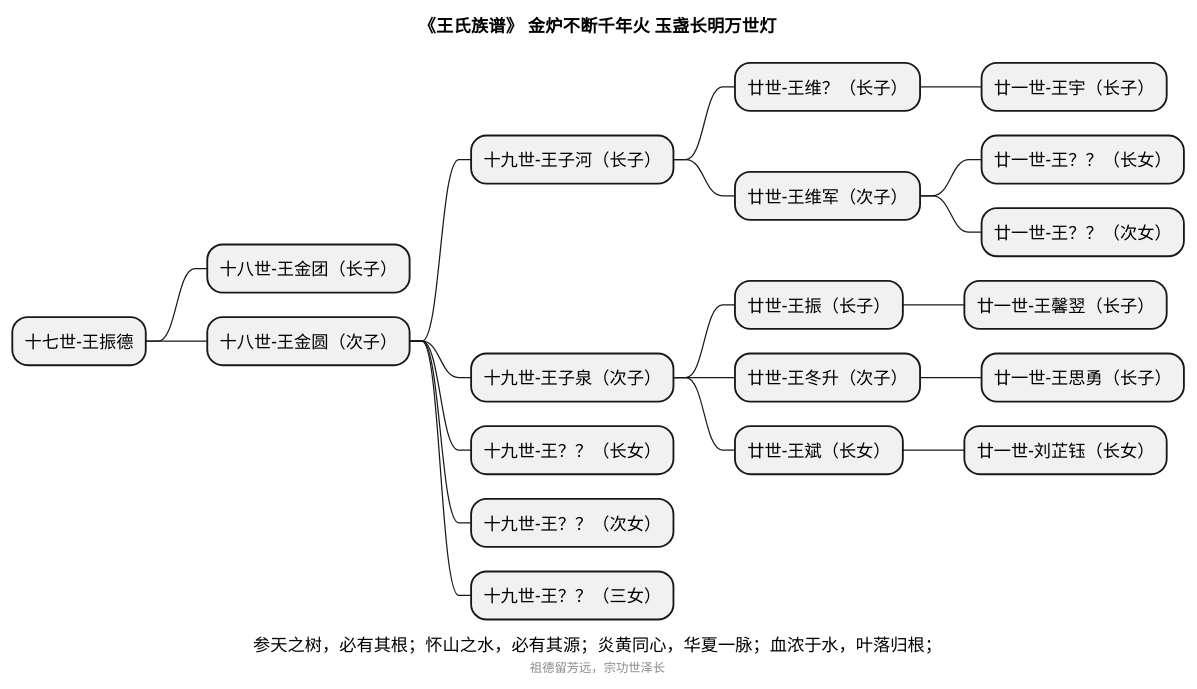
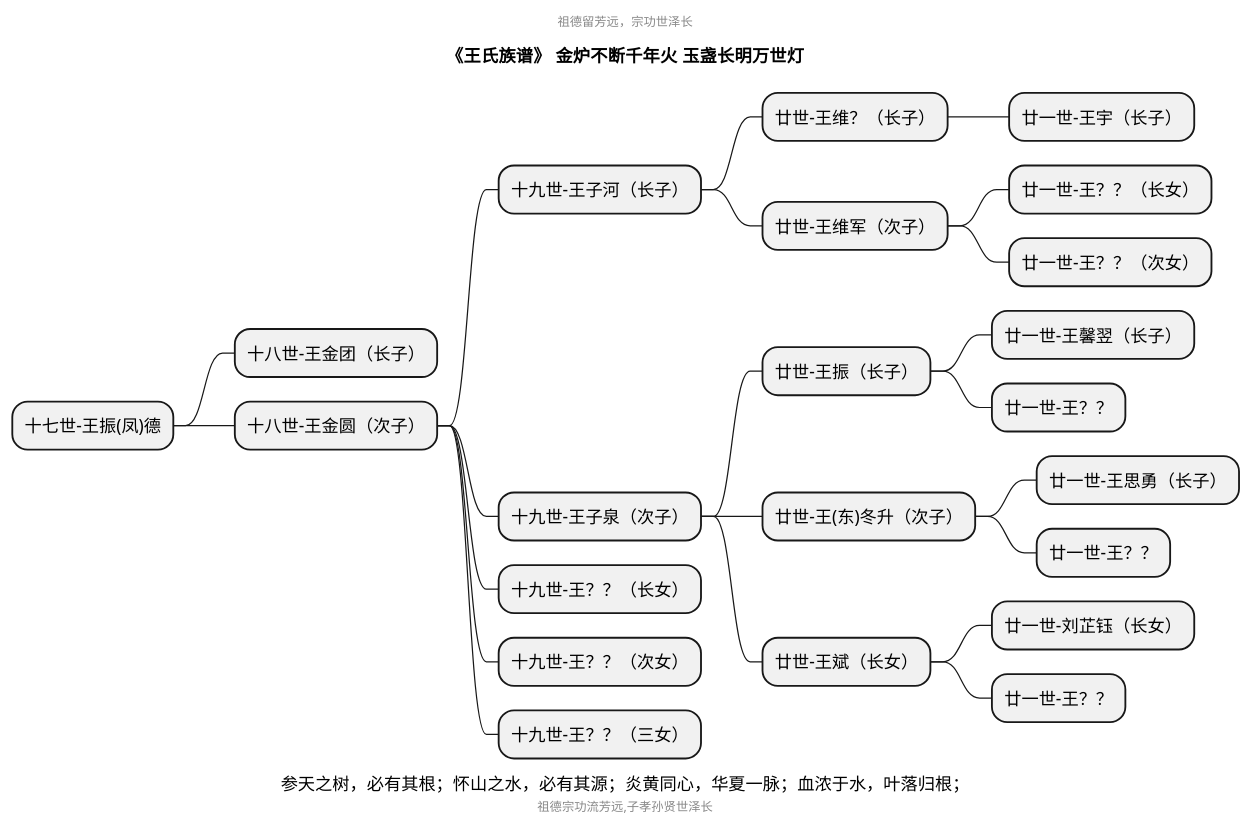
One commit to wdsheng0i/wdsheng0i.github.io changed the diagram in assets/files/mindmap/family-wang.puml. Above: the diagram before and after it, drawn with PlantUML. The commit also changed other lines of this file and 44 other files, not shown here.

```diff
--- a/assets/files/mindmap/family-wang.puml
+++ b/assets/files/mindmap/family-wang.puml
@@ -1,27 +1,31 @@
 @startmindmap
 
-caption 参天之树，必有其根；怀山之水，必有其源；炎黄同心，华夏一脉；血浓于水，叶落归根；
+center header 祖德留芳远，宗功世泽长
 title 《王氏族谱》 金炉不断千年火  玉盏长明万世灯
 
-* 十七世-王振德
+* 十七世-王振(凤)德
 ** 十八世-王金团（长子）
 ** 十八世-王金圆（次子）
 *** 十九世-王子河（长子）
 **** 廿世-王维？（长子）
 ***** 廿一世-王宇（长子）
 **** 廿世-王维军（次子）
 ***** 廿一世-王？？（长女）
 ***** 廿一世-王？？（次女）
 *** 十九世-王子泉（次子）
 **** 廿世-王振（长子）
 ***** 廿一世-王馨翌（长子）
-**** 廿世-王冬升（次子）
+***** 廿一世-王？？
+**** 廿世-王(东)冬升（次子）
 ***** 廿一世-王思勇（长子）
+***** 廿一世-王？？
 **** 廿世-王斌（长女）
 ***** 廿一世-刘芷钰（长女）
+***** 廿一世-王？？
 *** 十九世-王？？（长女）
 *** 十九世-王？？（次女）
 *** 十九世-王？？（三女）
 
-center footer 祖德留芳远，宗功世泽长
+caption 参天之树，必有其根；怀山之水，必有其源；炎黄同心，华夏一脉；血浓于水，叶落归根；
+center footer 祖德宗功流芳远,子孝孙贤世泽长
 @endmindmap
```
